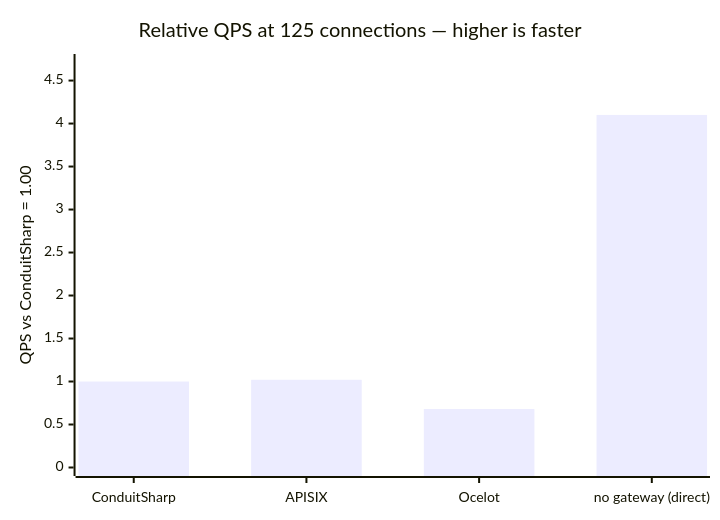
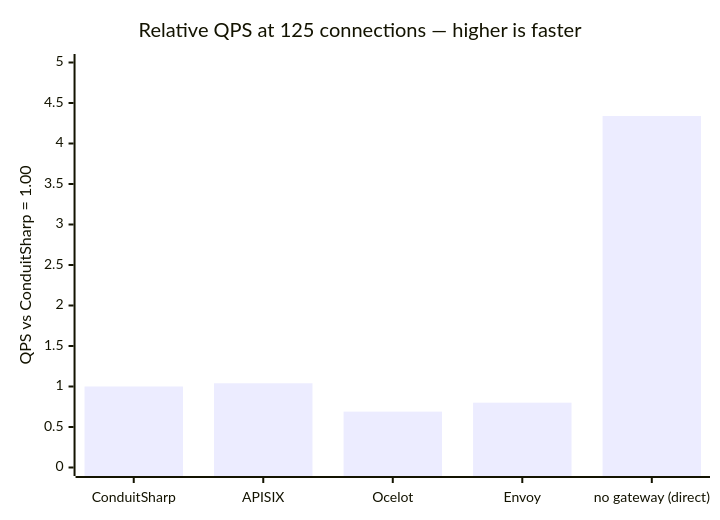
Before and after one commit to liqngliz/ConduitSharp: the first of 8 diagrams in README.md, drawn with Mermaid. The commit also changed other lines of this file and 1 other file, not shown here.

````diff
--- a/README.md
+++ b/README.md
@@ -59,7 +59,7 @@
 ```mermaid
 xychart-beta
     title "Relative QPS at 125 connections — higher is faster"
-    x-axis ["ConduitSharp", "APISIX", "Ocelot", "no gateway (direct)"]
-    y-axis "QPS vs ConduitSharp = 1.00" 0 --> 4.71
-    bar [1.00, 1.02, 0.68, 4.10]
+    x-axis ["ConduitSharp", "APISIX", "Ocelot", "Envoy", "no gateway (direct)"]
+    y-axis "QPS vs ConduitSharp = 1.00" 0 --> 5.00
+    bar [1.00, 1.04, 0.69, 0.80, 4.34]
 ```
````
